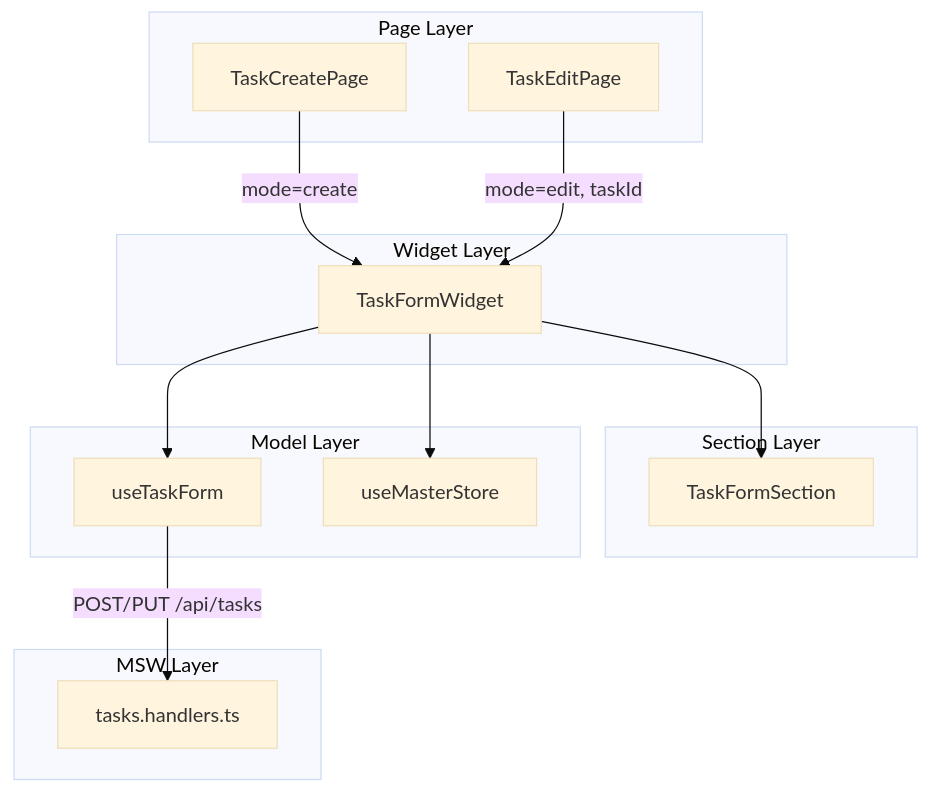
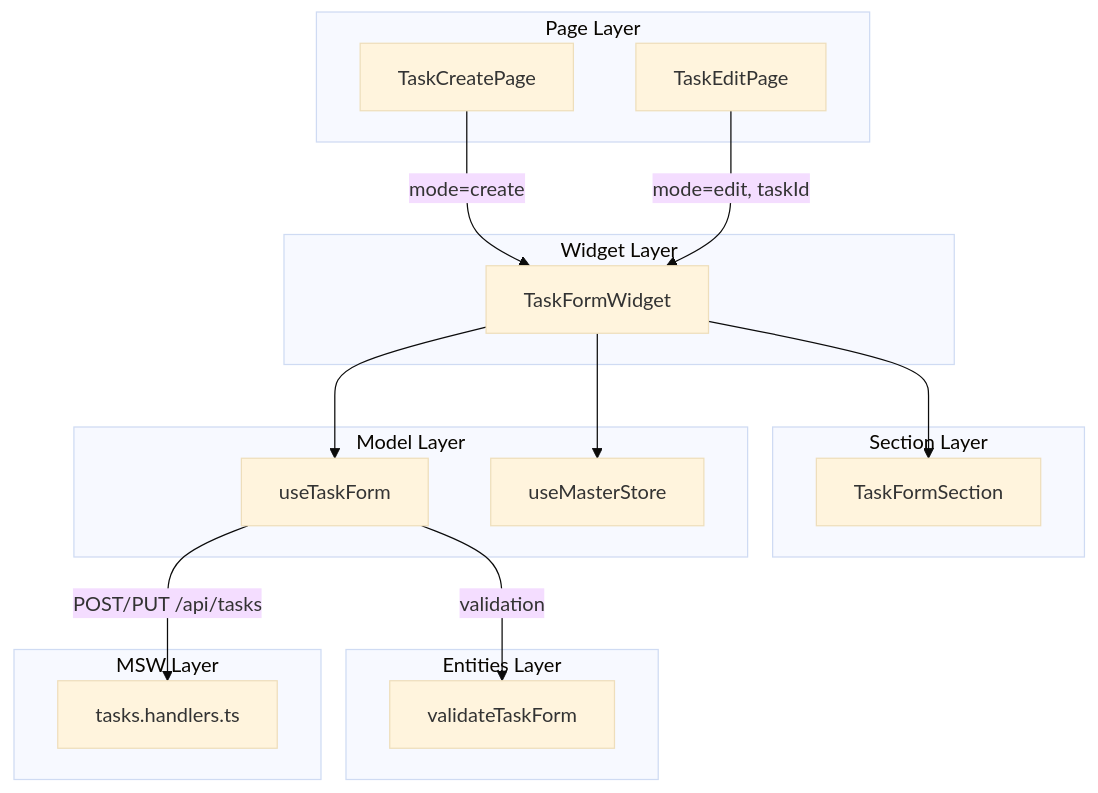
The first of 3 diagrams in sample/document/Phase3_フォーム画面_実装解説.md (kaisuzuk/vue3-sample), drawn with Mermaid (base theme) before and after one commit. The commit also changed other lines of this file and 9 other files, not shown here.

````diff
--- a/sample/document/Phase3_フォーム画面_実装解説.md
+++ b/sample/document/Phase3_フォーム画面_実装解説.md
@@ -42,31 +47,36 @@
 ```mermaid
 graph TD
     subgraph Page Layer
         TCP[TaskCreatePage]
         TEP[TaskEditPage]
     end
     
     subgraph Widget Layer
         TFW[TaskFormWidget]
     end
     
     subgraph Section Layer
         TFS[TaskFormSection]
     end
     
     subgraph Model Layer
         UTF[useTaskForm]
         UMS[useMasterStore]
     end
     
+    subgraph Entities Layer
+        VT[validateTaskForm]
+    end
+    
     subgraph MSW Layer
         TH[tasks.handlers.ts]
     end
     
     TCP -->|mode=create| TFW
     TEP -->|mode=edit, taskId| TFW
     TFW --> TFS
     TFW --> UTF
     TFW --> UMS
+    UTF -->|validation| VT
     UTF -->|POST/PUT /api/tasks| TH
 ```
````
